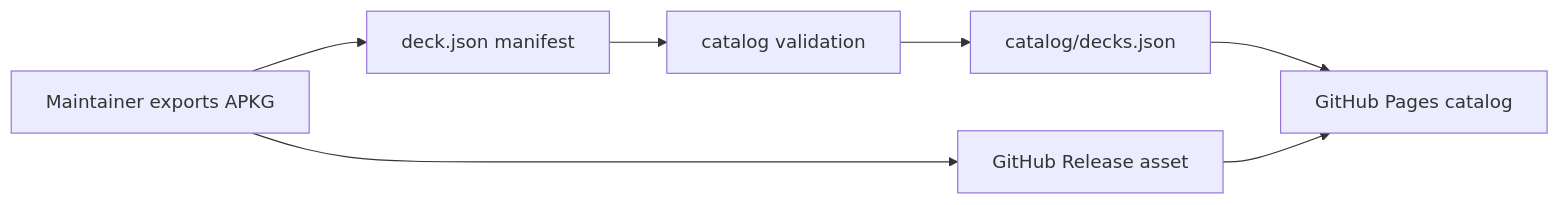
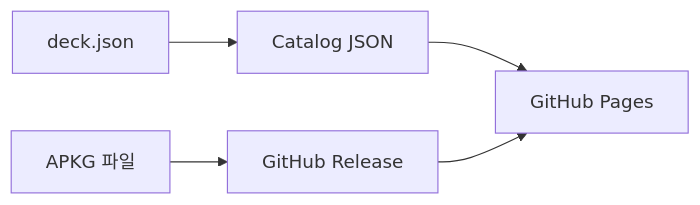
The diagram in README.md (Enceladus-X/deckhub), drawn with Mermaid before and after one commit. The commit also changed other lines of this file and 6 other files, not shown here.

Commit message:
Refine visitor README and release deck linking

````diff
--- a/README.md
+++ b/README.md
@@ -47,9 +41,7 @@
 ```mermaid
 flowchart LR
-    A["Maintainer exports APKG"] --> B["GitHub Release asset"]
-    A --> C["deck.json manifest"]
-    C --> D["catalog validation"]
-    D --> E["catalog/decks.json"]
-    E --> F["GitHub Pages catalog"]
-    B --> F
+    A["APKG 파일"] --> B["GitHub Release"]
+    C["deck.json"] --> D["Catalog JSON"]
+    D --> E["GitHub Pages"]
+    B --> E
 ```
````
